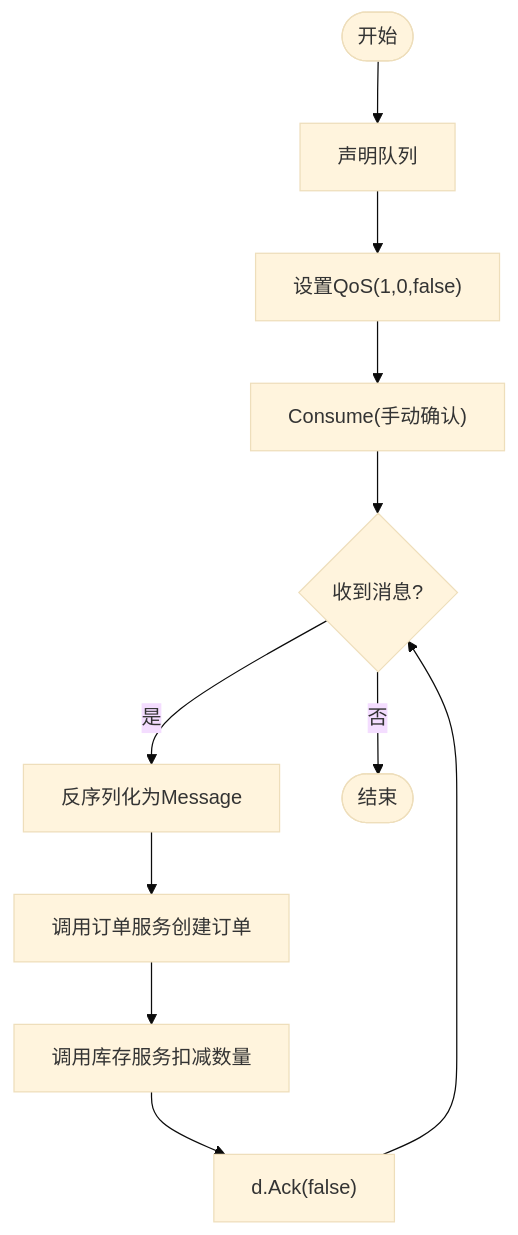
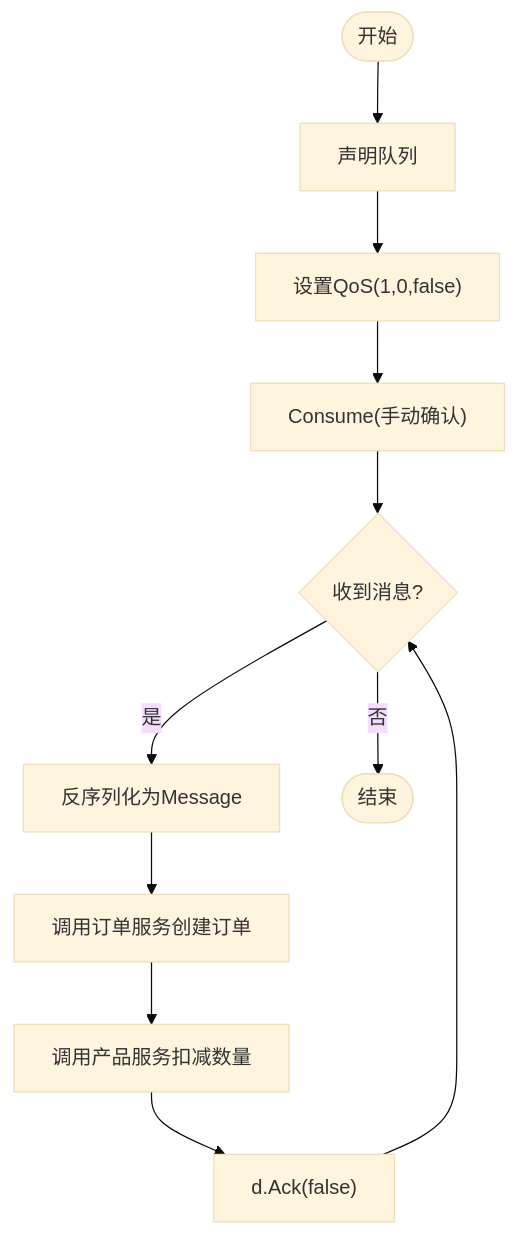
The third of 5 diagrams in .qoder/repowiki/zh/content/高并发处理.md (gbtdesign/e-commerce-t), drawn with Mermaid (base theme) before and after one commit. The commit also changed other lines of this file and 53 other files, not shown here.

````diff
--- a/.qoder/repowiki/zh/content/高并发处理.md
+++ b/.qoder/repowiki/zh/content/高并发处理.md
@@ -126,13 +142,13 @@
 ```mermaid
 flowchart TD
 Start(["开始"]) --> Declare["声明队列"]
 Declare --> Qos["设置QoS(1,0,false)"]
 Qos --> Consume["Consume(手动确认)"]
 Consume --> Loop{"收到消息?"}
 Loop --> |是| Parse["反序列化为Message"]
 Parse --> InsertOrder["调用订单服务创建订单"]
-InsertOrder --> SubStock["调用库存服务扣减数量"]
+InsertOrder --> SubStock["调用产品服务扣减数量"]
 SubStock --> Ack["d.Ack(false)"]
 Ack --> Loop
 Loop --> |否| End(["结束"])
 ```
````
